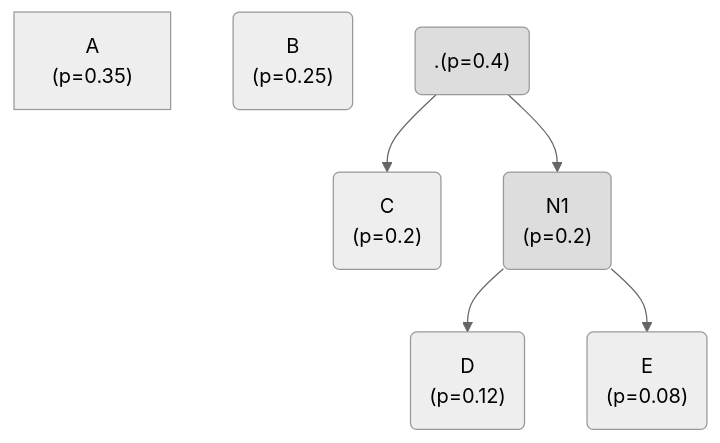
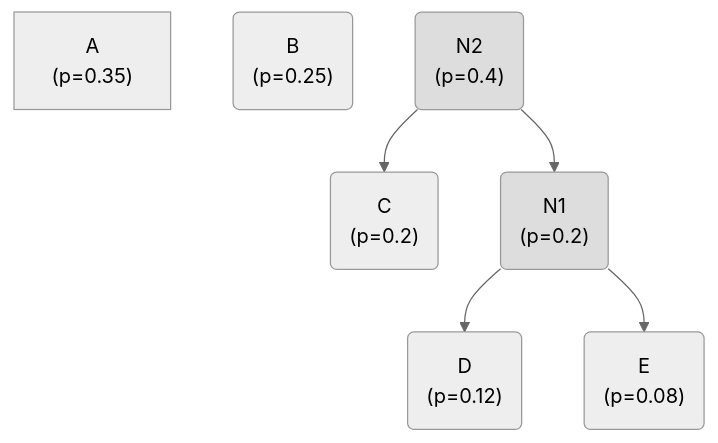
Before and after one commit to StanfordDataCompressionClass/notes: the third of 5 diagrams in src/lossless_iid/huffman.md, drawn with Mermaid (neutral theme). The commit also changed other lines of this file and 1 other file, not shown here.

````diff
--- a/src/lossless_iid/huffman.md
+++ b/src/lossless_iid/huffman.md
@@ -101,15 +101,15 @@
 ```mermaid
 graph TD
   N1["A<br/>(p=0.35)"]:::endnode
   N2("B<br/>(p=0.25)"):::endnode
   N3("C<br/>(p=0.2)"):::endnode
   N4("D<br/>(p=0.12)"):::endnode
   N5("E<br/>(p=0.08)"):::endnode
   N6("N1<br/>(p=0.2)") --> N4
   N6 --> N5
-  N7(".(p=0.4)") --> N6
+  N7("N2<br/>(p=0.4)") --> N6
   N7 --> N3
 
   style N6 fill:#dddddd
   style N7 fill:#dddddd
 ```
````
